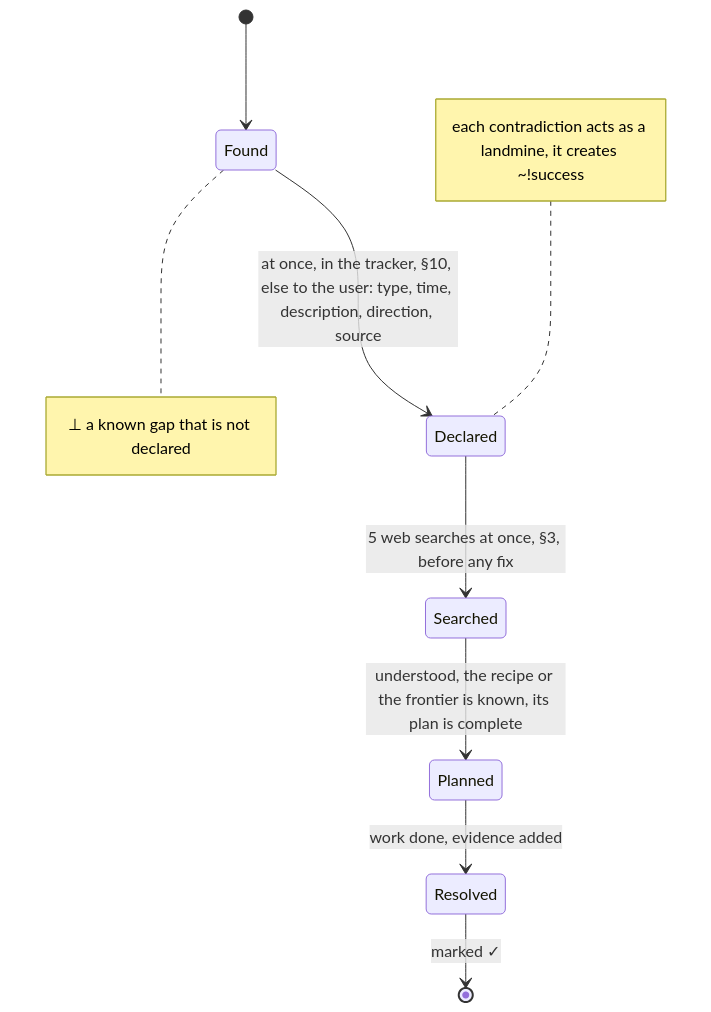
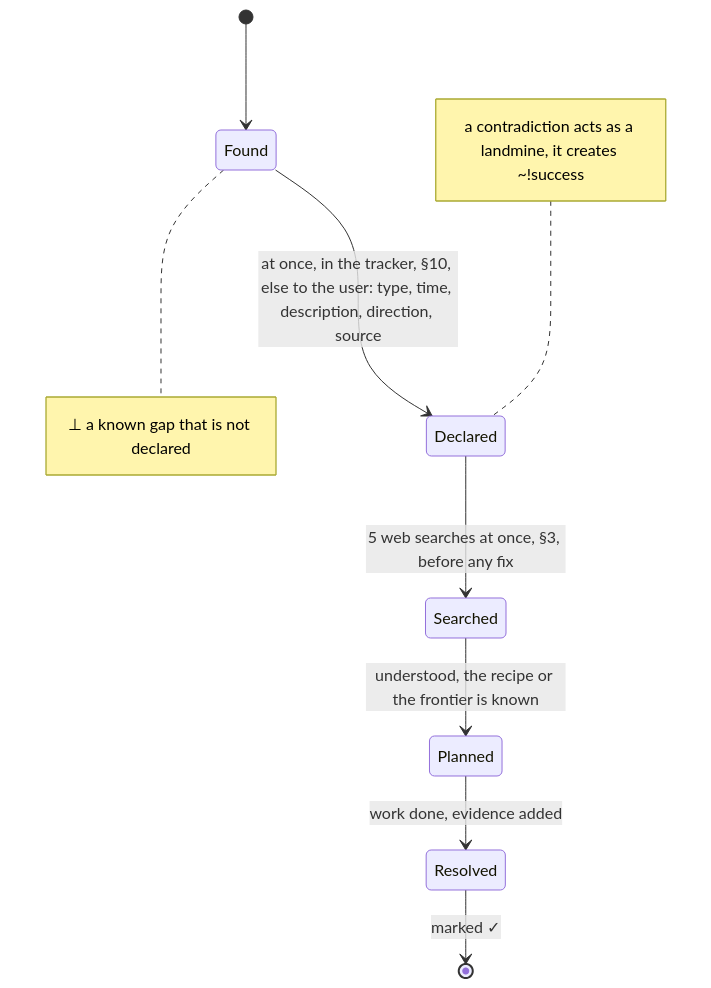
One commit to SolenixAI/arbiter changed diagram 13 of 14 in AGENTS.md. Above: the diagram before and after it, drawn with Mermaid. The commit also changed other lines of this file and 1 other file, not shown here.

First line of the commit message:
refactor(agents): every token earns its place: -20.5% per request, all rules and forms kept

````diff
--- a/AGENTS.md
+++ b/AGENTS.md
@@ -631,11 +496,11 @@
 ```mermaid
 stateDiagram-v2
   [*] --> Found
   Found --> Declared: at once, in the tracker, §10, else to the user: type, time, description, direction, source
   Declared --> Searched: 5 web searches at once, §3, before any fix
-  Searched --> Planned: understood, the recipe or the frontier is known, its plan is complete
+  Searched --> Planned: understood, the recipe or the frontier is known
   Planned --> Resolved: work done, evidence added
   Resolved --> [*]: marked ✓
   note right of Found : ⊥ a known gap that is not declared
-  note left of Declared : each contradiction acts as a landmine, it creates ~!success
+  note left of Declared : a contradiction acts as a landmine, it creates ~!success
 ```
````
